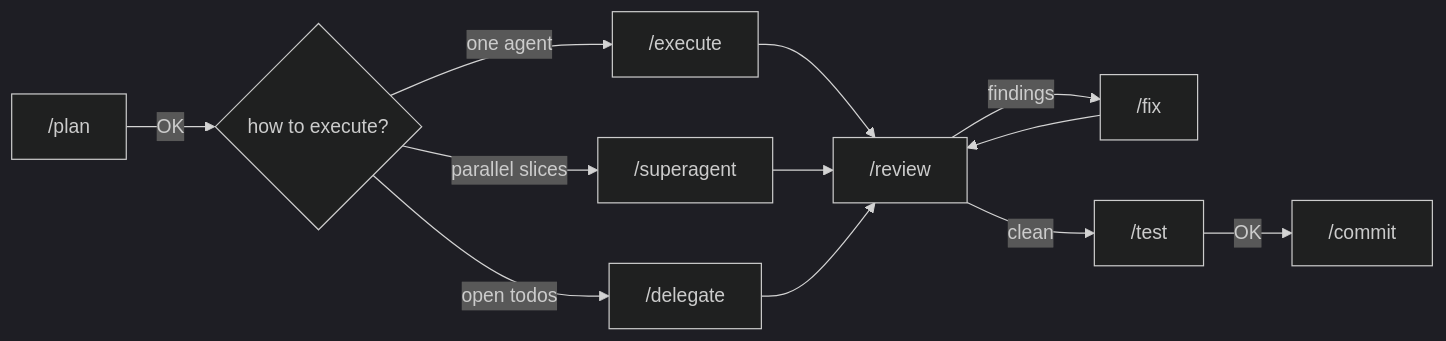
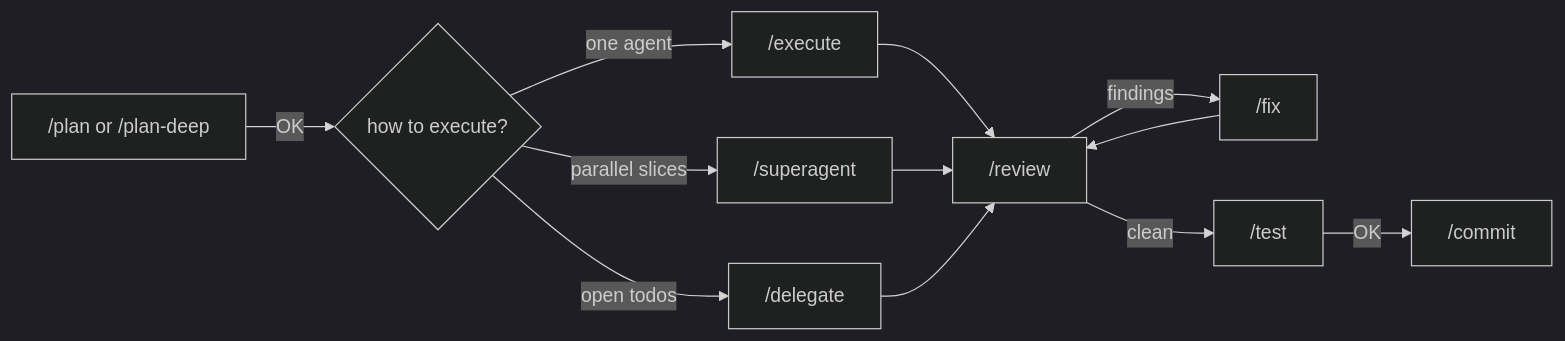
The diagram in docs/claude-workflow-guide.md (davidsugianto/dotfiles-macos), drawn with Mermaid (dark theme) before and after one commit. The commit also changed other lines of this file and 3 other files, not shown here.

Commit message:
feat(claude): add /plan-deep on Opus, pin /plan and /execute to Sonnet

````diff
--- a/docs/claude-workflow-guide.md
+++ b/docs/claude-workflow-guide.md
@@ -10,14 +10,14 @@
 ```mermaid
 flowchart LR
-    plan["/plan"] -->|OK| exec{"how to execute?"}
+    plan["/plan or /plan-deep"] -->|OK| exec{"how to execute?"}
     exec -->|one agent| execute["/execute"]
     exec -->|parallel slices| superagent["/superagent"]
     exec -->|open todos| delegate["/delegate"]
     execute --> review["/review"]
     superagent --> review
     delegate --> review
     review -->|findings| fix["/fix"]
     fix --> review
     review -->|clean| test["/test"]
     test -->|OK| commit["/commit"]
 ```
````
